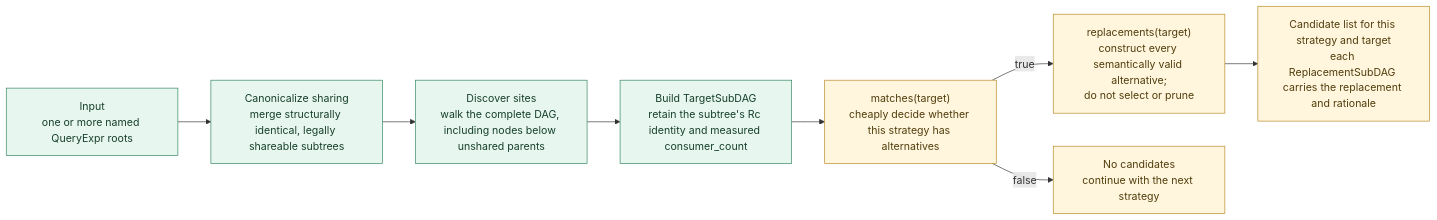
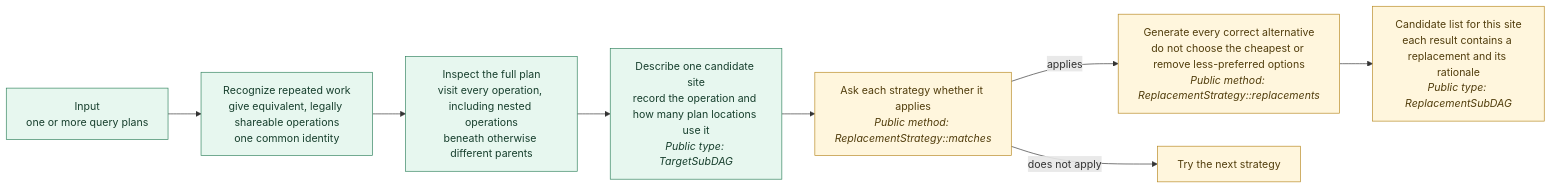
The second of 6 diagrams in docs/developer_docs/ASAP-aware-mapping-developer-guide.md (ProjectASAP/ASAPPlanner), drawn with Mermaid before and after one commit. The commit also changed other lines of this file, not shown here.

Commit message:
docs(asap-aware-mapping): make flowcharts public and conceptual

````diff
--- a/docs/developer_docs/ASAP-aware-mapping-developer-guide.md
+++ b/docs/developer_docs/ASAP-aware-mapping-developer-guide.md
@@ -119,15 +113,15 @@
 ```mermaid
 flowchart LR
   classDef workload fill:#e7f7ef,stroke:#31835e,color:#173f2d
   classDef common fill:#fff6dd,stroke:#b78922,color:#513d0c
 
-  ROOTS["Input<br/>one or more named QueryExpr roots"]:::workload
-  ROOTS --> CSE["Canonicalize sharing<br/>merge structurally identical, legally shareable subtrees"]:::workload
-  CSE --> WALK["Discover sites<br/>walk the complete DAG, including nodes below unshared parents"]:::workload
-  WALK --> T["Build TargetSubDAG<br/>retain the subtree's Rc identity and measured consumer_count"]:::workload
+  ROOTS["Input<br/>one or more query plans"]:::workload
+  ROOTS --> CSE["Recognize repeated work<br/>give equivalent, legally shareable operations<br/>one common identity"]:::workload
+  CSE --> WALK["Inspect the full plan<br/>visit every operation, including nested operations<br/>beneath otherwise different parents"]:::workload
+  WALK --> T["Describe one candidate site<br/>record the operation and how many plan locations use it<br/><i>Public type: TargetSubDAG</i>"]:::workload
   T --> MATCH
-  MATCH["matches(target)<br/>cheaply decide whether this strategy has alternatives"]:::common
-  MATCH -->|"true"| REPLACE["replacements(target)<br/>construct every semantically valid alternative;<br/>do not select or prune"]:::common
-  MATCH -->|"false"| NONE["No candidates<br/>continue with the next strategy"]:::common
-  REPLACE --> OUT["Candidate list for this strategy and target<br/>each ReplacementSubDAG carries the replacement and rationale"]:::common
+  MATCH["Ask each strategy whether it applies<br/><i>Public method: ReplacementStrategy::matches</i>"]:::common
+  MATCH -->|"applies"| REPLACE["Generate every correct alternative<br/>do not choose the cheapest or remove less-preferred options<br/><i>Public method: ReplacementStrategy::replacements</i>"]:::common
+  MATCH -->|"does not apply"| NONE["Try the next strategy"]:::common
+  REPLACE --> OUT["Candidate list for this site<br/>each result contains a replacement and its rationale<br/><i>Public type: ReplacementSubDAG</i>"]:::common
 ```
````
